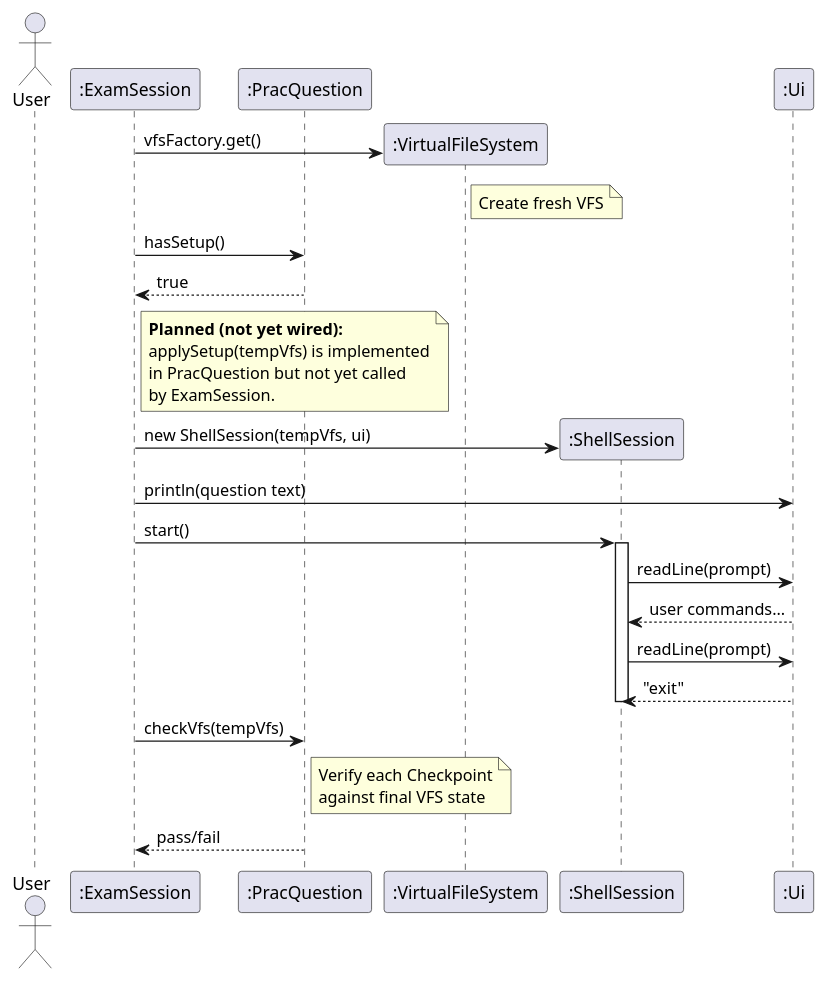
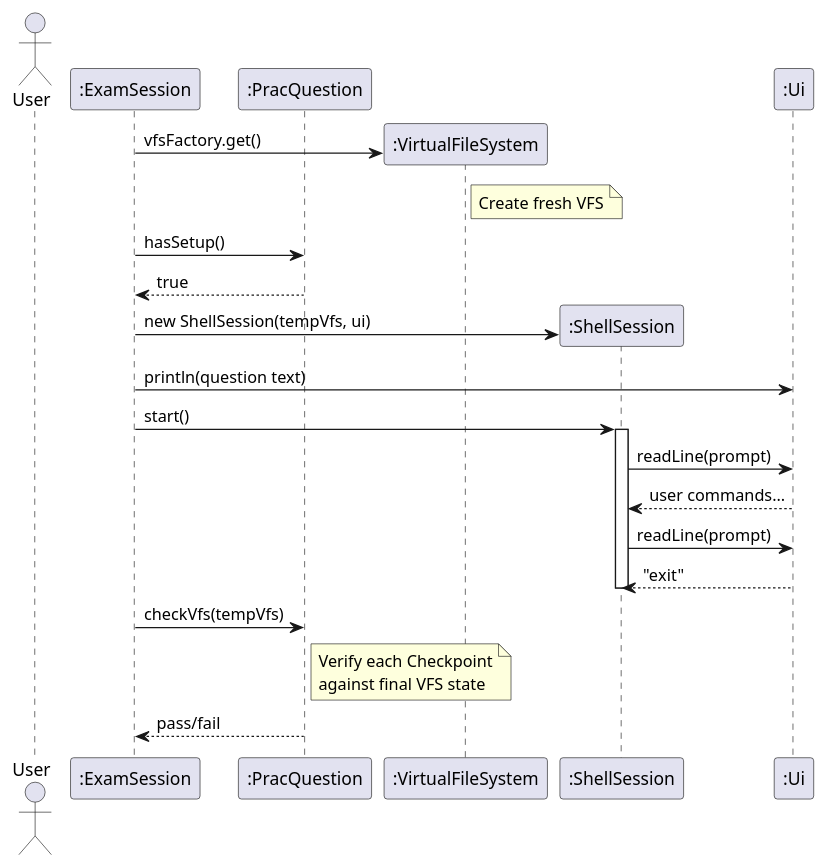
One commit to siddhant2118/tp changed the diagram in docs/diagrams/PracQuestionSequence.puml. Above: the diagram before and after it, drawn with PlantUML. The commit also changed 3 other files, not shown here.

Commit message:
Update UML diagrams

```diff
--- a/docs/diagrams/PracQuestionSequence.puml
+++ b/docs/diagrams/PracQuestionSequence.puml
@@ -1,46 +1,40 @@
 @startuml PracQuestionSequence
 actor User
 participant ":ExamSession" as ES
 participant ":PracQuestion" as PQ
 participant ":VirtualFileSystem" as VFS
 participant ":ShellSession" as SS
 participant ":Ui" as UI
 
 ES -> VFS ** : vfsFactory.get()
 note right of VFS : Create fresh VFS
 
 ES -> PQ : hasSetup()
 PQ --> ES : true
 
-note right of ES
-  **Planned (not yet wired):**
-  applySetup(tempVfs) is implemented
-  in PracQuestion but not yet called
-  by ExamSession.
-end note
 ' ES -> PQ : applySetup(tempVfs)
 ' note right of PQ
 '   For each SetupItem:
 '     MKDIR → createDirectory
 '     FILE  → createFile + write content
 '     PERM  → setPermission
 ' end note
 
 ES -> SS ** : new ShellSession(tempVfs, ui)
 ES -> UI : println(question text)
 ES -> SS : start()
 activate SS
 SS -> UI : readLine(prompt)
 UI --> SS : user commands...
 SS -> UI : readLine(prompt)
 UI --> SS : "exit"
 deactivate SS
 
 ES -> PQ : checkVfs(tempVfs)
 note right of PQ
   Verify each Checkpoint
   against final VFS state
 end note
 PQ --> ES : pass/fail
 
 @enduml
```
